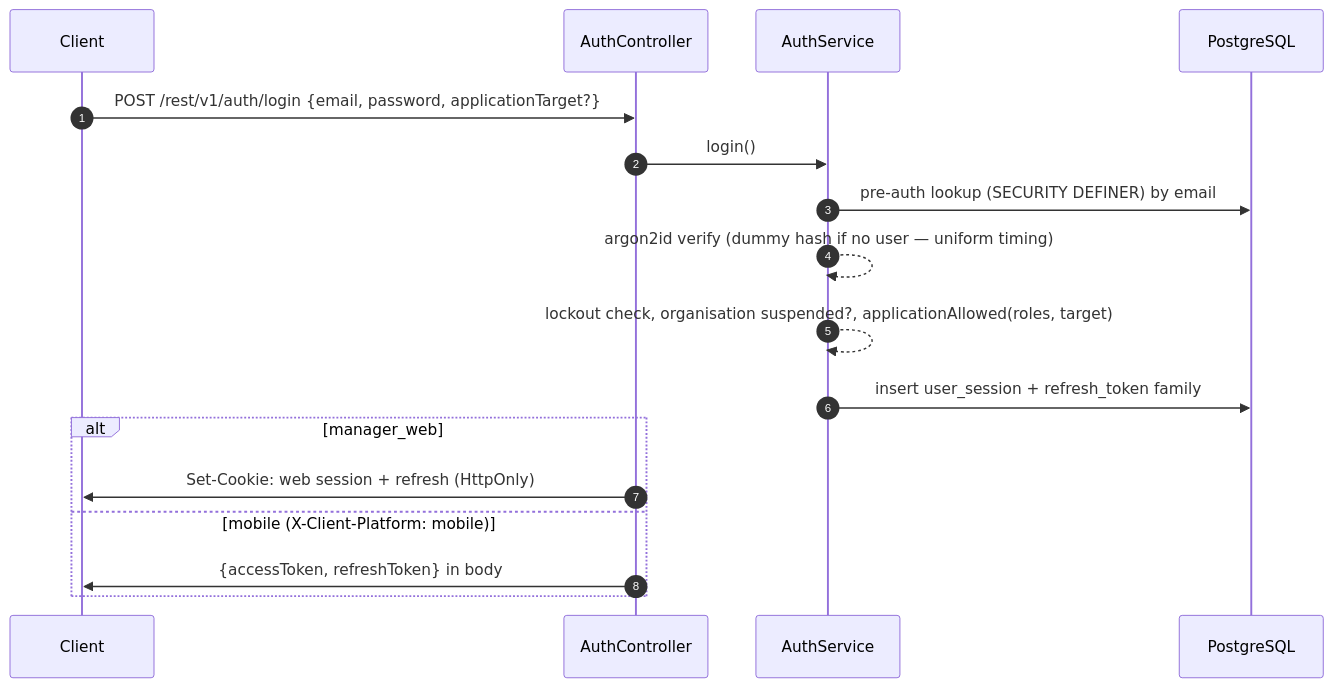
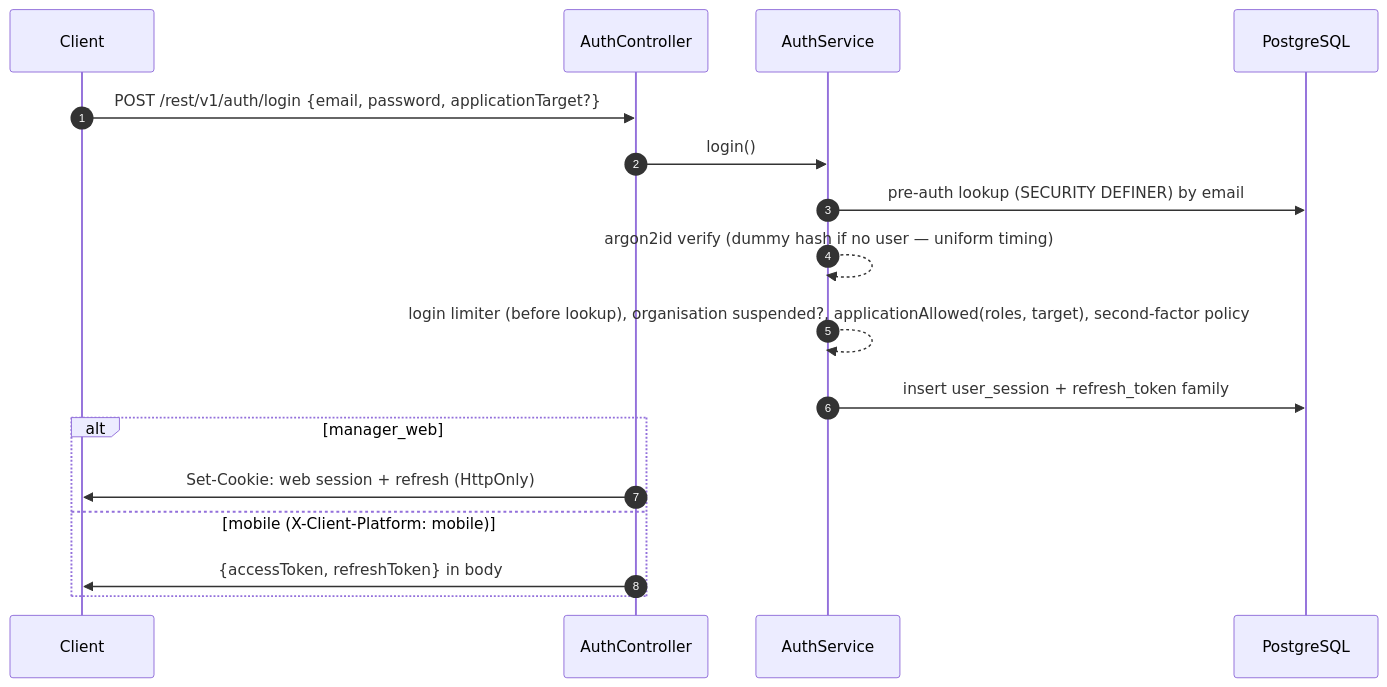
The diagram in packages/rab-docs/developers/authentication-flow.mdx (Rabblo06/rab-recurit), drawn with Mermaid before and after one commit. The commit also changed other lines of this file and 9 other files, not shown here.

````diff
--- a/packages/rab-docs/developers/authentication-flow.mdx
+++ b/packages/rab-docs/developers/authentication-flow.mdx
@@ -9,19 +9,19 @@
 ```mermaid
 sequenceDiagram
     autonumber
     participant C as Client
     participant A as AuthController
     participant S as AuthService
     participant DB as PostgreSQL
     C->>A: POST /rest/v1/auth/login {email, password, applicationTarget?}
     A->>S: login()
     S->>DB: pre-auth lookup (SECURITY DEFINER) by email
     S-->>S: argon2id verify (dummy hash if no user — uniform timing)
-    S-->>S: lockout check, organisation suspended?, applicationAllowed(roles, target)
+    S-->>S: login limiter (before lookup), organisation suspended?, applicationAllowed(roles, target), second-factor policy
     S->>DB: insert user_session + refresh_token family
     alt manager_web
         A->>C: Set-Cookie: web session + refresh (HttpOnly)
     else mobile (X-Client-Platform: mobile)
         A->>C: {accessToken, refreshToken} in body
     end
 ```
````
